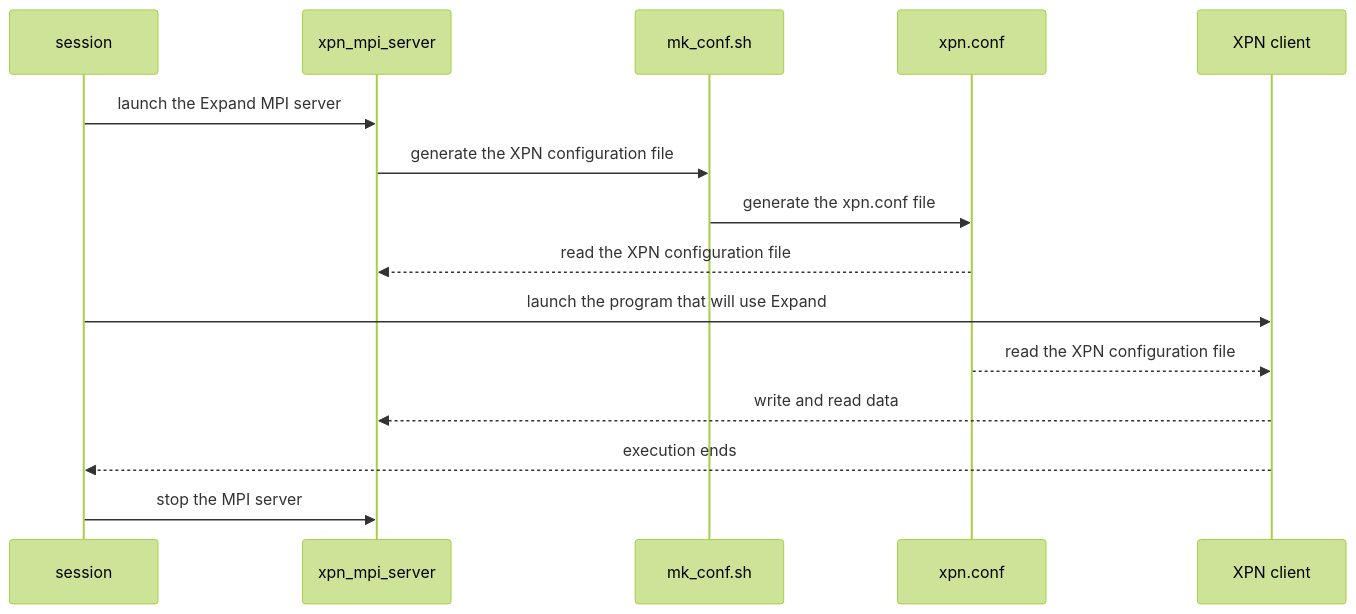
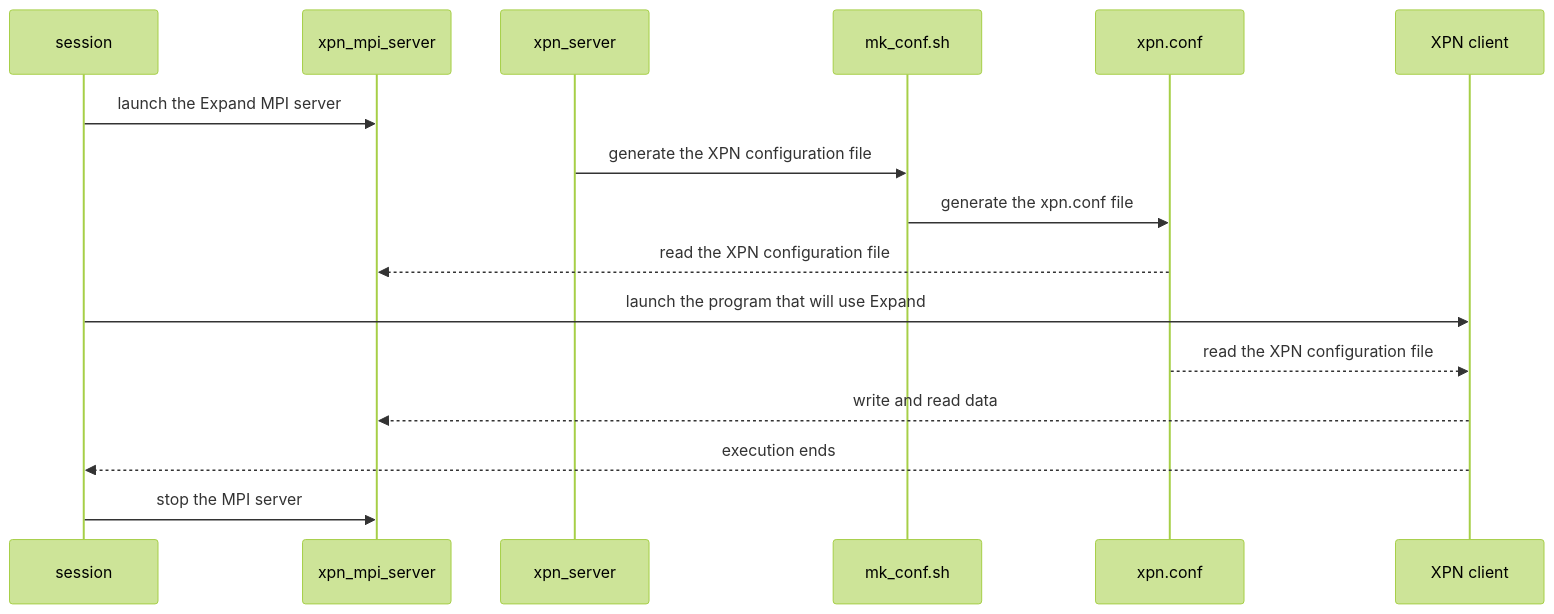
One commit to xpn-arcos/xpn changed the fourth of 4 diagrams in README.md. Above: the diagram before and after it, drawn with Mermaid (forest theme). The commit also changed other lines of this file, not shown here.

````diff
--- a/README.md
+++ b/README.md
@@ -203,12 +209,12 @@
 ```mermaid
 sequenceDiagram
     session        ->> xpn_mpi_server: launch the Expand MPI server
-    xpn_mpi_server ->> mk_conf.sh: generate the XPN configuration file
+    xpn_server     ->> mk_conf.sh: generate the XPN configuration file
     mk_conf.sh     ->> xpn.conf: generate the xpn.conf file
     xpn.conf      -->> xpn_mpi_server: read the XPN configuration file
     session        ->> XPN client: launch the program that will use Expand
     xpn.conf      -->> XPN client: read the XPN configuration file
     XPN client    -->> xpn_mpi_server: write and read data
     XPN client    -->> session: execution ends
     session        ->> xpn_mpi_server: stop the MPI server
 ```
````
